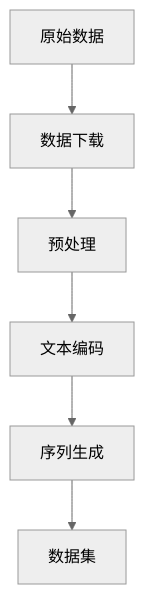
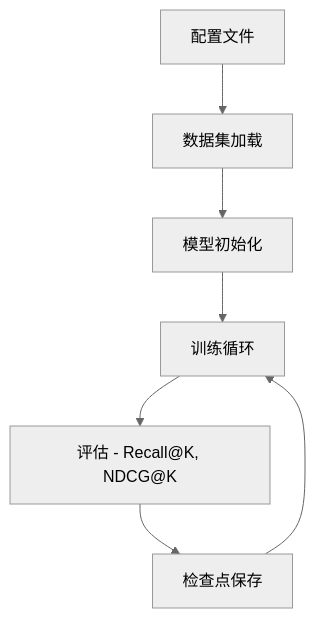
The first of 2 diagrams in docs/zh/getting-started.md (RoydonTay/genrec-unigcr), drawn with Mermaid (neutral theme) before and after one commit. The commit also changed other lines of this file and 13 other files, not shown here.

````diff
--- a/docs/zh/getting-started.md
+++ b/docs/zh/getting-started.md
@@ -102,8 +145,9 @@
 ```mermaid
 graph TD
-    A[原始数据] --> B[数据下载]
-    B --> C[预处理]
-    C --> D[文本编码]
-    D --> E[序列生成]
-    E --> F[数据集]
+    A[配置文件] --> B[数据集加载]
+    B --> C[模型初始化]
+    C --> D[训练循环]
+    D --> E[评估 - Recall@K, NDCG@K]
+    E --> F[检查点保存]
+    F --> D
 ```
````
